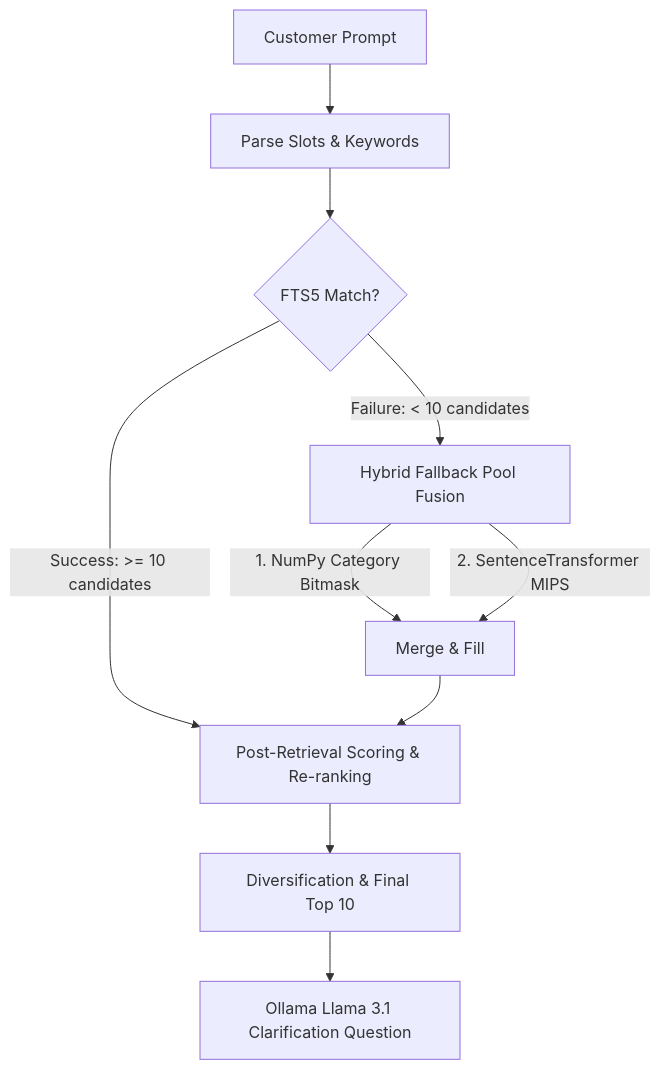
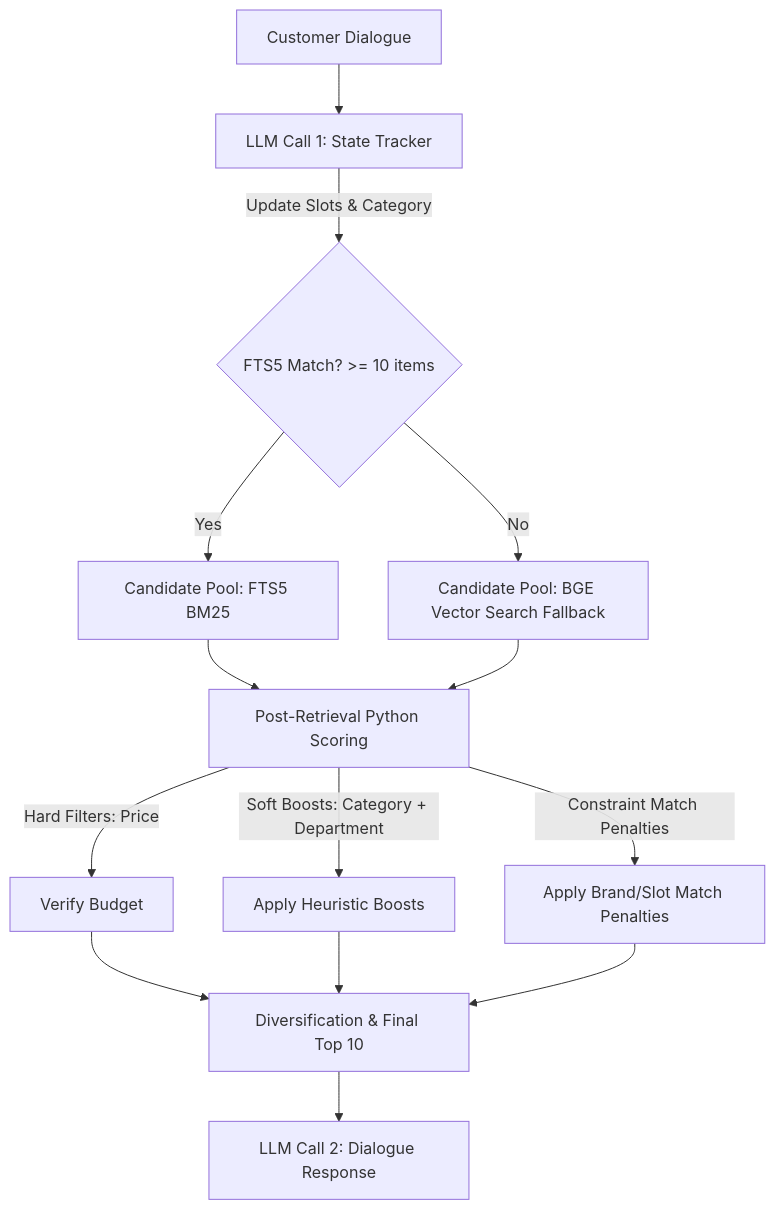
The diagram in experiment_1/README.md (nickolaschua/reptechjam2026), drawn with Mermaid before and after one commit. The commit also changed other lines of this file and 18 other files, not shown here.

````diff
--- a/experiment_1/README.md
+++ b/experiment_1/README.md
@@ -25,12 +29,13 @@
 ```mermaid
 graph TD
-    A[Customer Prompt] --> B[Parse Slots & Keywords]
-    B --> C{FTS5 Match?}
-    C -->|Success: >= 10 candidates| D[Post-Retrieval Scoring & Re-ranking]
-    C -->|Failure: < 10 candidates| E[Hybrid Fallback Pool Fusion]
-    E -->|1. NumPy Category Bitmask| F[Merge & Fill]
-    E -->|2. SentenceTransformer MIPS| F
-    F --> D
-    D --> G[Diversification & Final Top 10]
-    G --> H[Ollama Llama 3.1 Clarification Question]
+    A[Customer Dialogue] --> B[LLM Call 1: State Tracker]
+    B -->|Update Slots & Category| C{FTS5 Match? >= 10 items}
+    C -->|Yes| D[Candidate Pool: FTS5 BM25]
+    C -->|No| E[Candidate Pool: BGE Vector Search Fallback]
+    D & E --> F[Post-Retrieval Python Scoring]
+    F -->|Hard Filters: Price| G[Verify Budget]
+    F -->|Soft Boosts: Category + Department| H[Apply Heuristic Boosts]
+    F -->|Constraint Match Penalties| I[Apply Brand/Slot Match Penalties]
+    G & H & I --> J[Diversification & Final Top 10]
+    J --> K[LLM Call 2: Dialogue Response]
 ```
````
